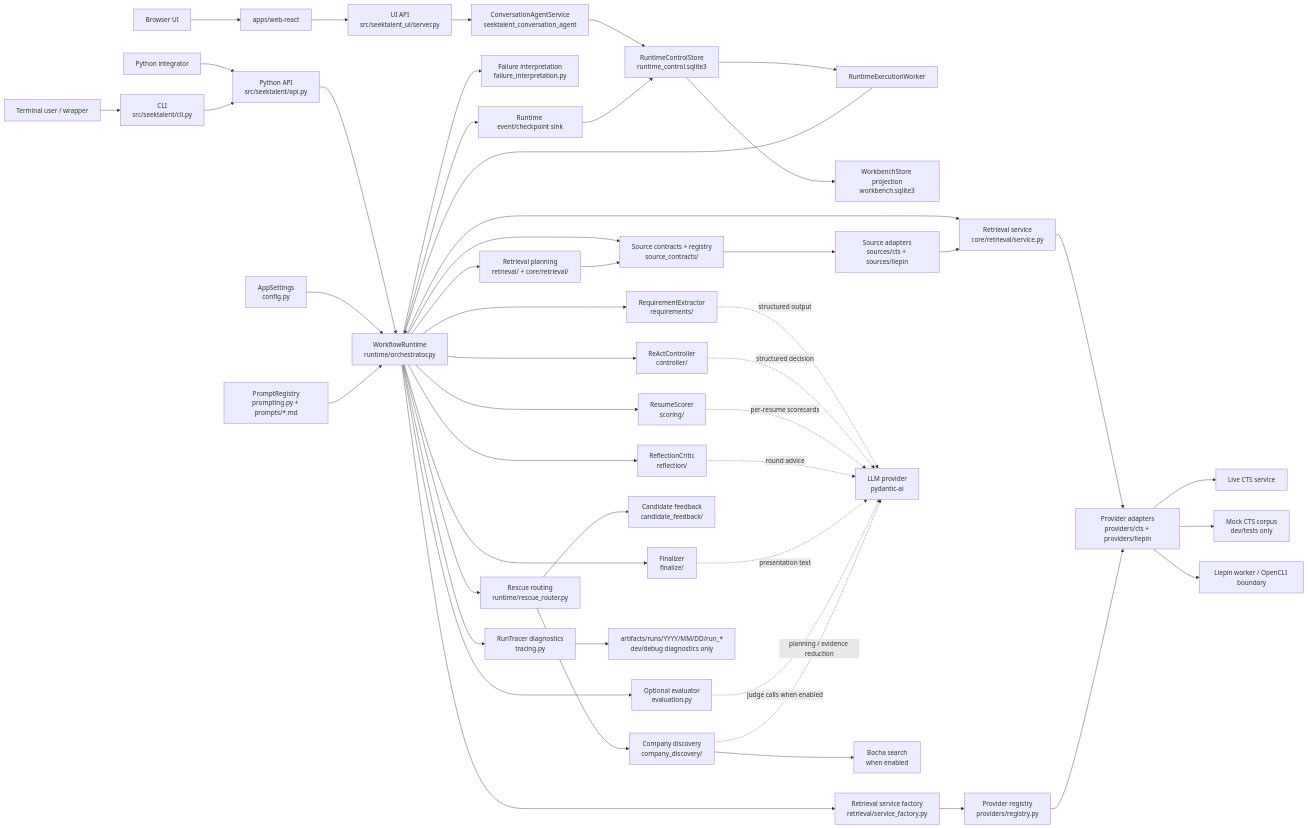
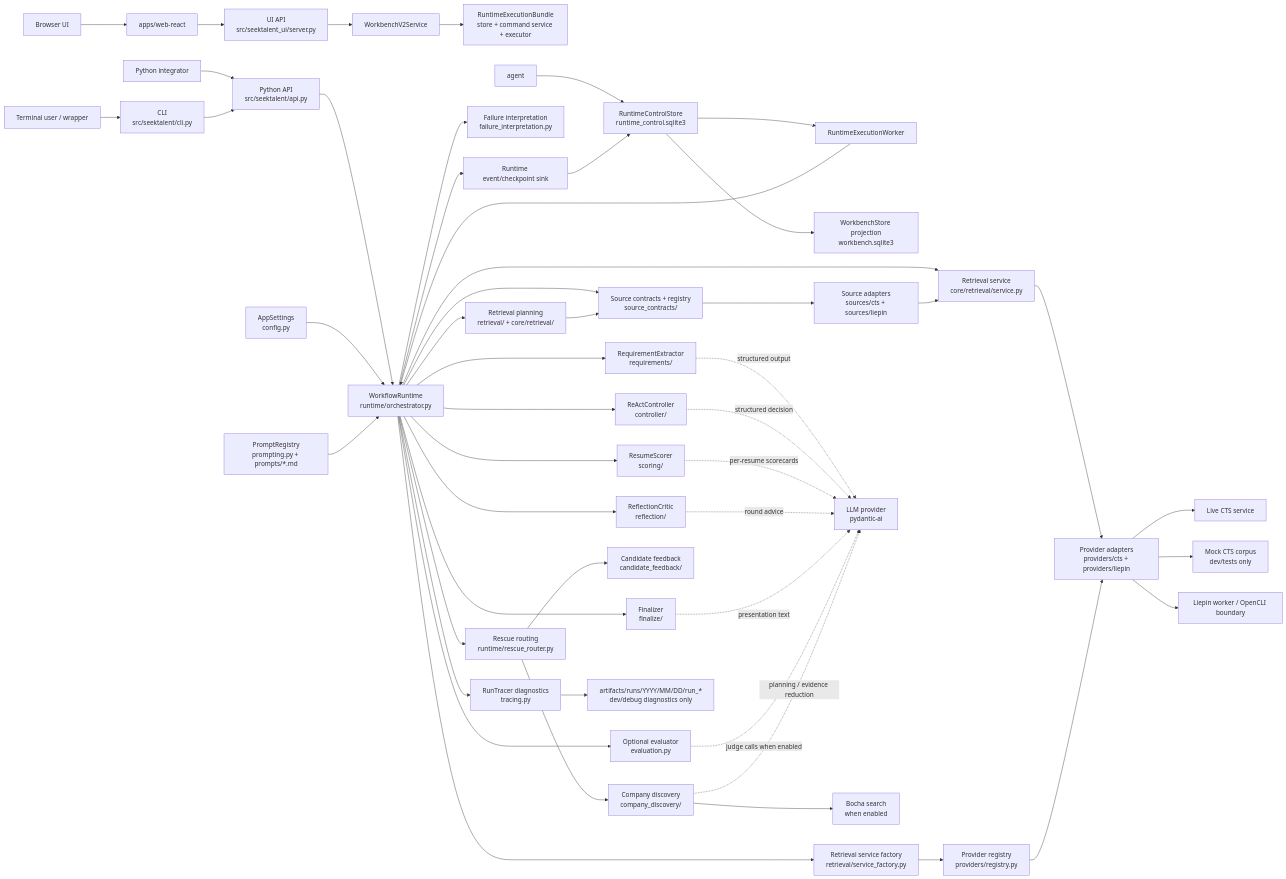
The first of 2 diagrams in docs/architecture.md (FrankQDWang/SeekTalent), drawn with Mermaid before and after one commit. The commit also changed 126 other files, not shown here.

````diff
--- a/docs/architecture.md
+++ b/docs/architecture.md
@@ -18,58 +18,59 @@
 ```mermaid
 flowchart LR
     user["Terminal user / wrapper"] --> cli["CLI\nsrc/seektalent/cli.py"]
     wrapper["Python integrator"] --> api["Python API\nsrc/seektalent/api.py"]
     browser["Browser UI"] --> webapp["apps/web-react"]
     webapp --> uiapi["UI API\nsrc/seektalent_ui/server.py"]
 
     cli --> api
     api --> runtime["WorkflowRuntime\nruntime/orchestrator.py"]
-    uiapi --> agent["ConversationAgentService\nseektalent_conversation_agent"]
+    uiapi --> v2["WorkbenchV2Service"]
+    v2 --> execution["RuntimeExecutionBundle\nstore + command service + executor"]
     agent --> control["RuntimeControlStore\nruntime_control.sqlite3"]
     control --> worker["RuntimeExecutionWorker"]
     worker --> runtime
     control --> workbench["WorkbenchStore projection\nworkbench.sqlite3"]
 
     config["AppSettings\nconfig.py"] --> runtime
     prompts["PromptRegistry\nprompting.py + prompts/*.md"] --> runtime
 
     runtime --> req["RequirementExtractor\nrequirements/"]
     runtime --> controller["ReActController\ncontroller/"]
     runtime --> failure_interpretation["Failure interpretation\nfailure_interpretation.py"]
     runtime --> source_contracts["Source contracts + registry\nsource_contracts/"]
     runtime --> retrieval["Retrieval planning\nretrieval/ + core/retrieval/"]
     runtime --> rescue["Rescue routing\nruntime/rescue_router.py"]
     runtime --> service_factory["Retrieval service factory\nretrieval/service_factory.py"]
     runtime --> service["Retrieval service\ncore/retrieval/service.py"]
     source_contracts --> source_adapters["Source adapters\nsources/cts + sources/liepin"]
     service_factory --> registry["Provider registry\nproviders/registry.py"]
     service --> adapter["Provider adapters\nproviders/cts + providers/liepin"]
     runtime --> scoring["ResumeScorer\nscoring/"]
     runtime --> reflection["ReflectionCritic\nreflection/"]
     runtime --> finalizer["Finalizer\nfinalize/"]
     runtime --> eval["Optional evaluator\nevaluation.py"]
     runtime --> sink["Runtime event/checkpoint sink"]
     sink --> control
     runtime --> tracer["RunTracer diagnostics\ntracing.py"]
 
     req -. "structured output" .-> llm["LLM provider\npydantic-ai"]
     controller -. "structured decision" .-> llm
     scoring -. "per-resume scorecards" .-> llm
     reflection -. "round advice" .-> llm
     finalizer -. "presentation text" .-> llm
     eval -. "judge calls when enabled" .-> llm
 
     retrieval --> source_contracts
     source_adapters --> service
     registry --> adapter
     adapter --> livects["Live CTS service"]
     adapter --> mockcts["Mock CTS corpus\ndev/tests only"]
     adapter --> liepinworker["Liepin worker / OpenCLI boundary"]
 
     rescue --> feedback["Candidate feedback\ncandidate_feedback/"]
     rescue --> discovery["Company discovery\ncompany_discovery/"]
     discovery --> bocha["Bocha search\nwhen enabled"]
     discovery -. "planning / evidence reduction" .-> llm
 
     tracer --> artifacts["artifacts/runs/YYYY/MM/DD/run_*\ndev/debug diagnostics only"]
 ```
````
